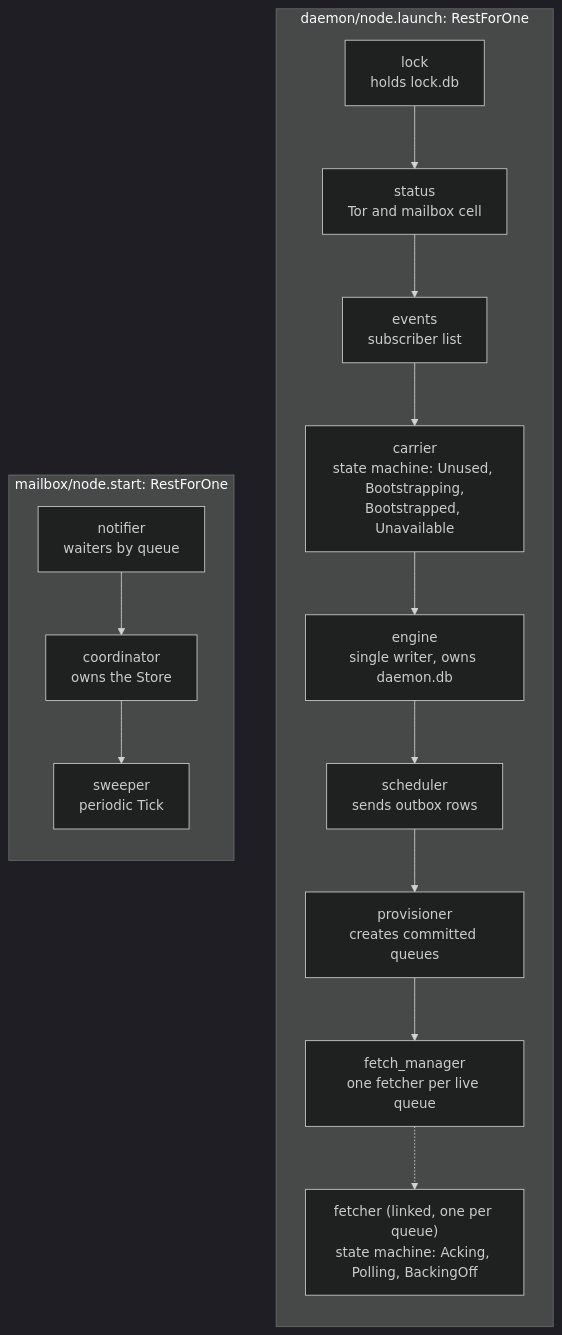
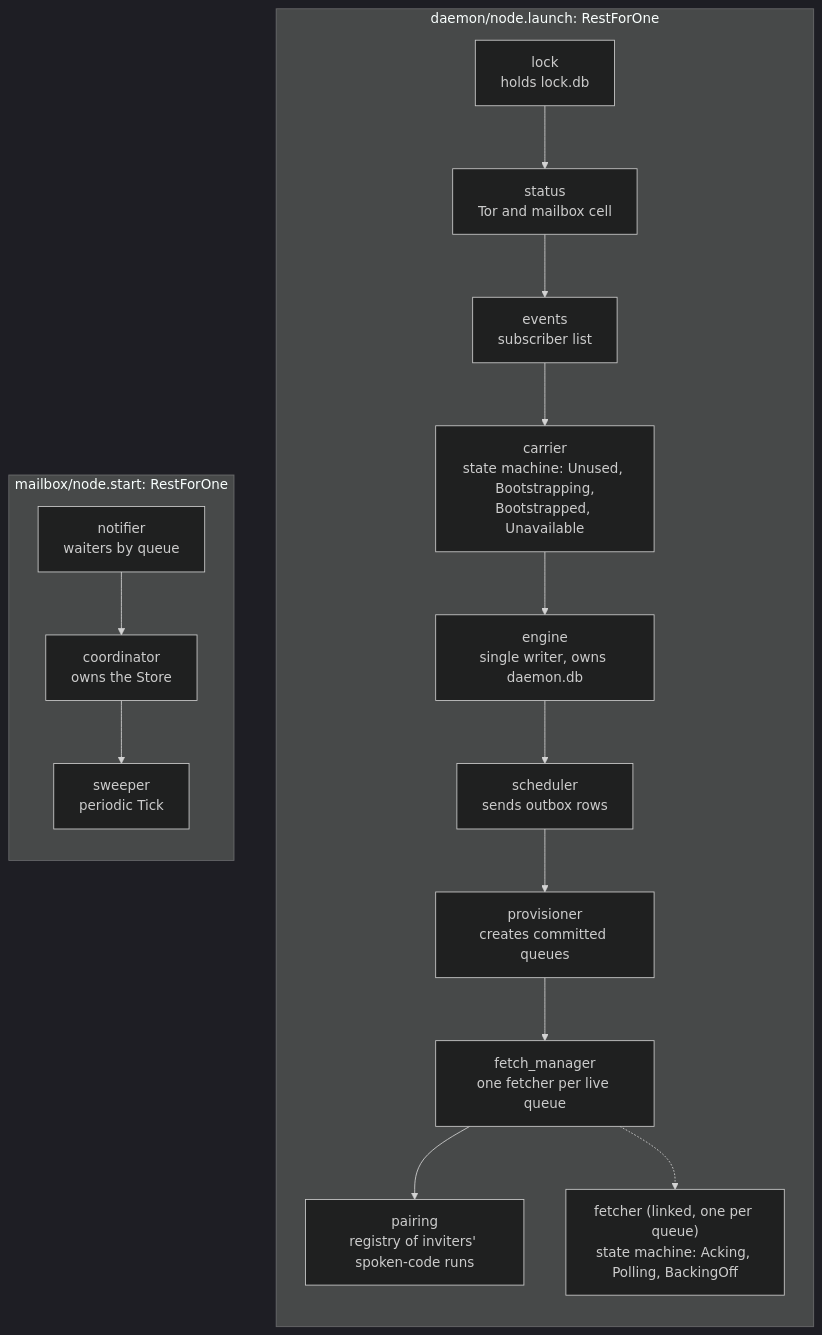
One commit to Roasbeef/pondline changed the third of 6 diagrams in docs/architecture/system.md. Above: the diagram before and after it, drawn with Mermaid (dark theme). The commit also changed other lines of this file and 18 other files, not shown here.

First line of the commit message:
docs: describe the daemon side of spoken pairing codes

````diff
--- a/docs/architecture/system.md
+++ b/docs/architecture/system.md
@@ -150,26 +150,27 @@
 ```mermaid
 flowchart TB
     subgraph DT["daemon/node.launch: RestForOne"]
         direction TB
         lock["lock<br/>holds lock.db"]
         status["status<br/>Tor and mailbox cell"]
         events["events<br/>subscriber list"]
         carrier["carrier<br/>state machine: Unused, Bootstrapping,<br/>Bootstrapped, Unavailable"]
         engine["engine<br/>single writer, owns daemon.db"]
         sched["scheduler<br/>sends outbox rows"]
         prov["provisioner<br/>creates committed queues"]
         fm["fetch_manager<br/>one fetcher per live queue"]
         fetcher["fetcher (linked, one per queue)<br/>state machine: Acking, Polling, BackingOff"]
+        pairing["pairing<br/>registry of inviters' spoken-code runs"]
         lock --> status --> events --> carrier --> engine
-        engine --> sched --> prov --> fm
+        engine --> sched --> prov --> fm --> pairing
         fm -.-> fetcher
     end
 
     subgraph MT["mailbox/node.start: RestForOne"]
         direction TB
         notifier["notifier<br/>waiters by queue"]
         coord["coordinator<br/>owns the Store"]
         sweeper["sweeper<br/>periodic Tick"]
         notifier --> coord --> sweeper
     end
 ```
````
